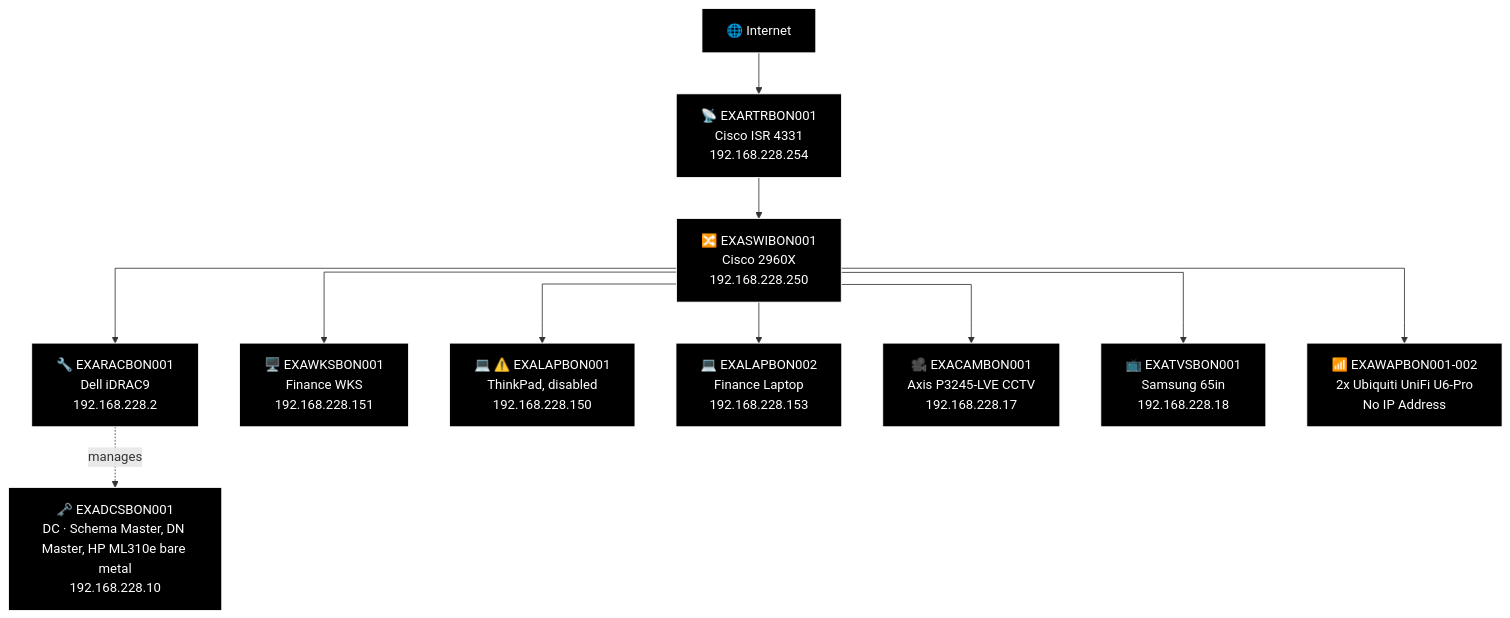
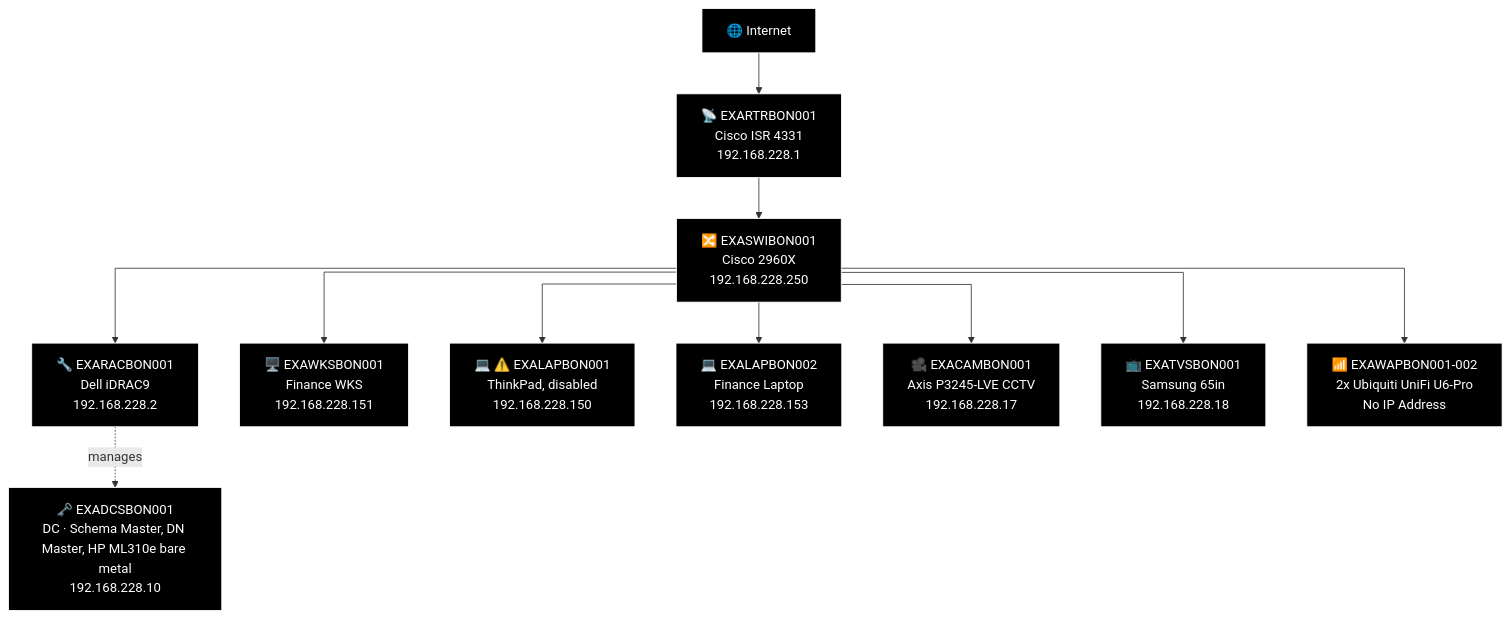
Before and after one commit to knightmare2600/example_music_infra: the first of 13 diagrams in docs/network-diagram/deutschland.md, drawn with Mermaid. The commit also changed other lines of this file and 7 other files, not shown here.

````diff
--- a/docs/network-diagram/deutschland.md
+++ b/docs/network-diagram/deutschland.md
@@ -27,39 +27,39 @@
 ```mermaid
 %%{init: {'flowchart': {'curve': 'stepAfter'}}}%%
 graph TD
     O_INET["🌐 Internet"]
-    O_RTR["📡 EXARTRBON001<br/>Cisco ISR 4331<br/>192.168.228.254"]
+    O_RTR["📡 EXARTRBON001<br/>Cisco ISR 4331<br/>192.168.228.1"]
     O_INET --> O_RTR
     O_SW["🔀 EXASWIBON001<br/>Cisco 2960X<br/>192.168.228.250"]
     O_RTR --> O_SW
 
     O_RAC["🔧 EXARACBON001<br/>Dell iDRAC9<br/>192.168.228.2"]
     O_DC["🗝️ EXADCSBON001<br/>DC · Schema Master, DN Master, HP ML310e bare metal<br/>192.168.228.10"]
     O_SW --> O_RAC
     O_RAC -.->|"manages"| O_DC
 
     O_WKS["🖥️ EXAWKSBON001<br/>Finance WKS<br/>192.168.228.151"]
     O_LAP1["💻 ⚠️ EXALAPBON001<br/>ThinkPad, disabled<br/>192.168.228.150"]
     O_LAP2["💻 EXALAPBON002<br/>Finance Laptop<br/>192.168.228.153"]
     O_CAM["🎥 EXACAMBON001<br/>Axis P3245-LVE CCTV<br/>192.168.228.17"]
     O_TV["📺 EXATVSBON001<br/>Samsung 65in<br/>192.168.228.18"]
     O_WAP["📶 EXAWAPBON001-002<br/>2x Ubiquiti UniFi U6-Pro<br/>No IP Address"]
     O_SW --> O_WKS
     O_SW --> O_LAP1
     O_SW --> O_LAP2
     O_SW --> O_CAM
     O_SW --> O_TV
     O_SW --> O_WAP
 
     style O_INET fill:#000000,stroke:#FFFFFF,color:#FFFFFF
     style O_RTR fill:#000000,stroke:#FFFFFF,color:#FFFFFF
     style O_SW fill:#000000,stroke:#FFFFFF,color:#FFFFFF
     style O_RAC fill:#000000,stroke:#FFFFFF,color:#FFFFFF
     style O_DC fill:#000000,stroke:#FFFFFF,color:#FFFFFF
     style O_WKS fill:#000000,stroke:#FFFFFF,color:#FFFFFF
     style O_LAP1 fill:#000000,stroke:#FFFFFF,color:#FFFFFF
     style O_LAP2 fill:#000000,stroke:#FFFFFF,color:#FFFFFF
     style O_CAM fill:#000000,stroke:#FFFFFF,color:#FFFFFF
     style O_TV fill:#000000,stroke:#FFFFFF,color:#FFFFFF
     style O_WAP fill:#000000,stroke:#FFFFFF,color:#FFFFFF
 ```
````
